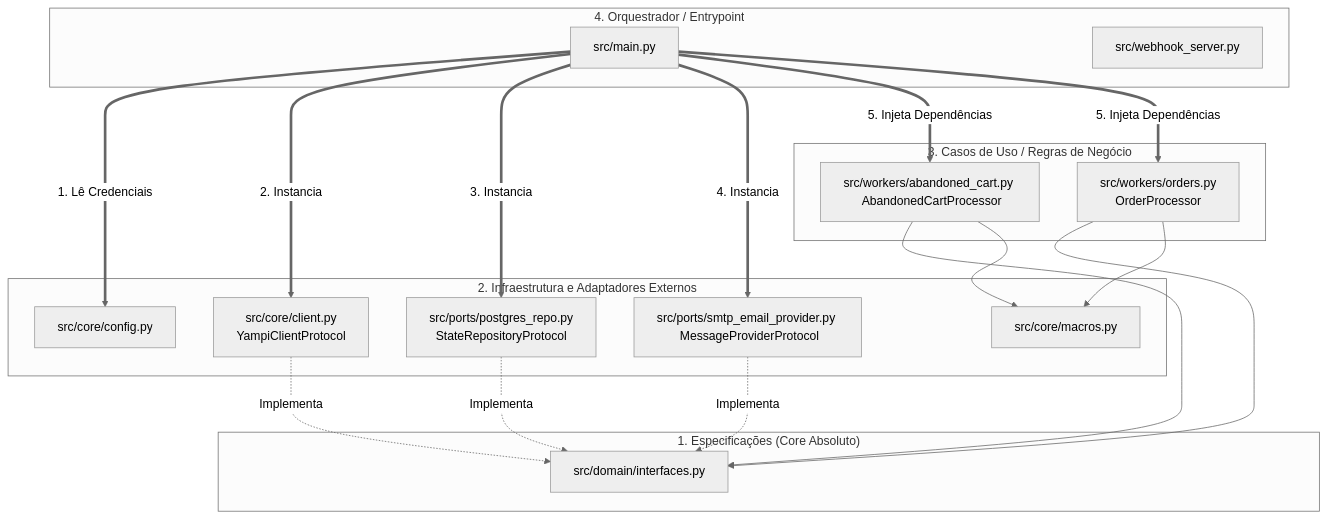
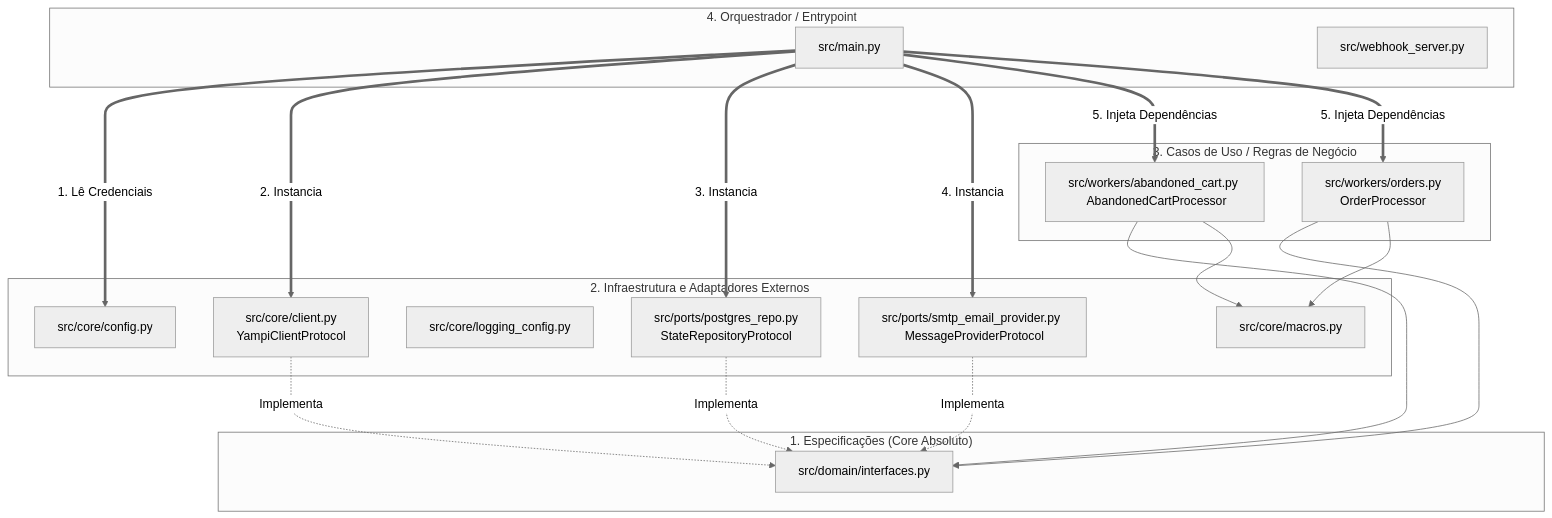
Before and after one commit to LucasDuarte026/message_integration_YAMPI: the diagram in docs/project_dependency_tree.md, drawn with Mermaid (neutral theme). The commit also changed other lines of this file and 10 other files, not shown here.

````diff
--- a/docs/project_dependency_tree.md
+++ b/docs/project_dependency_tree.md
@@ -7,47 +7,47 @@
 ```mermaid
 graph TD
     %% Centro do Sistema (Sem Dependências)
     subgraph DOMAIN ["1. Especificações (Core Absoluto)"]
         D_INT["src/domain/interfaces.py"]
     end
 
-    %% Detalhes de Implementação (Dependem do Domain)
     subgraph INFRA ["2. Infraestrutura e Adaptadores Externos"]
         C_CONF["src/core/config.py"]
         C_MACR["src/core/macros.py"]
+        C_LOGS["src/core/logging_config.py"]
         C_CLIE["src/core/client.py <br> YampiClientProtocol"]
         P_PG["src/ports/postgres_repo.py <br> StateRepositoryProtocol"]
         P_SMTP["src/ports/smtp_email_provider.py <br> MessageProviderProtocol"]
     end
 
     %% Regras de Negócio (Dependem do Domain e Macros)
     subgraph WORKERS ["3. Casos de Uso / Regras de Negócio"]
         W_CART["src/workers/abandoned_cart.py <br> AbandonedCartProcessor"]
         W_ORD["src/workers/orders.py <br> OrderProcessor"]
     end
 
     %% Ponto de Entrada (Conhece Tudo)
     subgraph ENTRY ["4. Orquestrador / Entrypoint"]
         M_MAIN["src/main.py"]
         M_WEB["src/webhook_server.py"]
     end
 
     %% Relações de Dependência
     C_CLIE -. Implementa .-> D_INT
     P_PG -. Implementa .-> D_INT
     P_SMTP -. Implementa .-> D_INT
     
     W_CART --> D_INT
     W_ORD --> D_INT
     W_CART --> C_MACR
     W_ORD --> C_MACR
 
     %% Injeção de Dependências feita pelo Main
     M_MAIN ==>|1. Lê Credenciais| C_CONF
     M_MAIN ==>|2. Instancia| C_CLIE
     M_MAIN ==>|3. Instancia| P_PG
     M_MAIN ==>|4. Instancia| P_SMTP
     
     M_MAIN ==>|5. Injeta Dependências| W_CART
     M_MAIN ==>|5. Injeta Dependências| W_ORD
 ```
````
